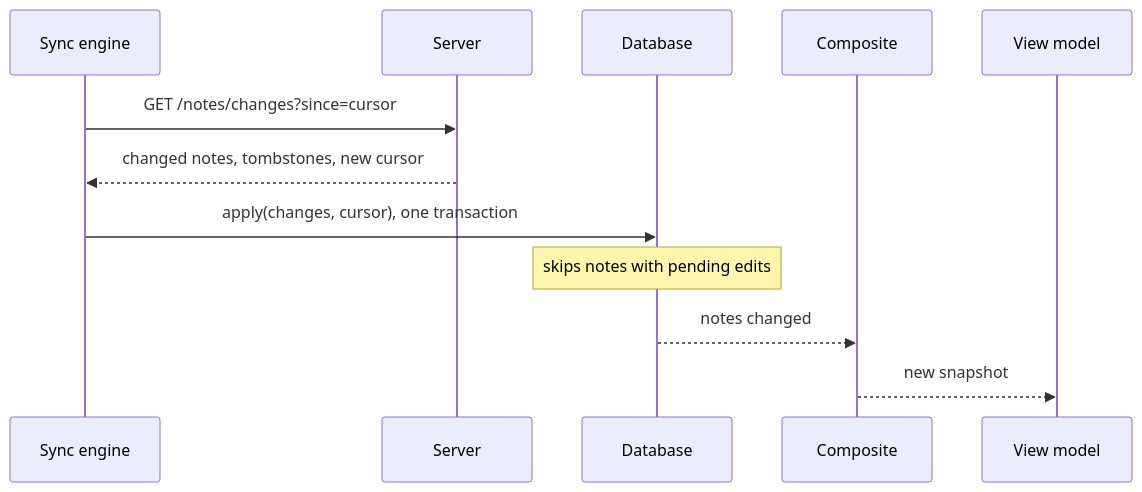
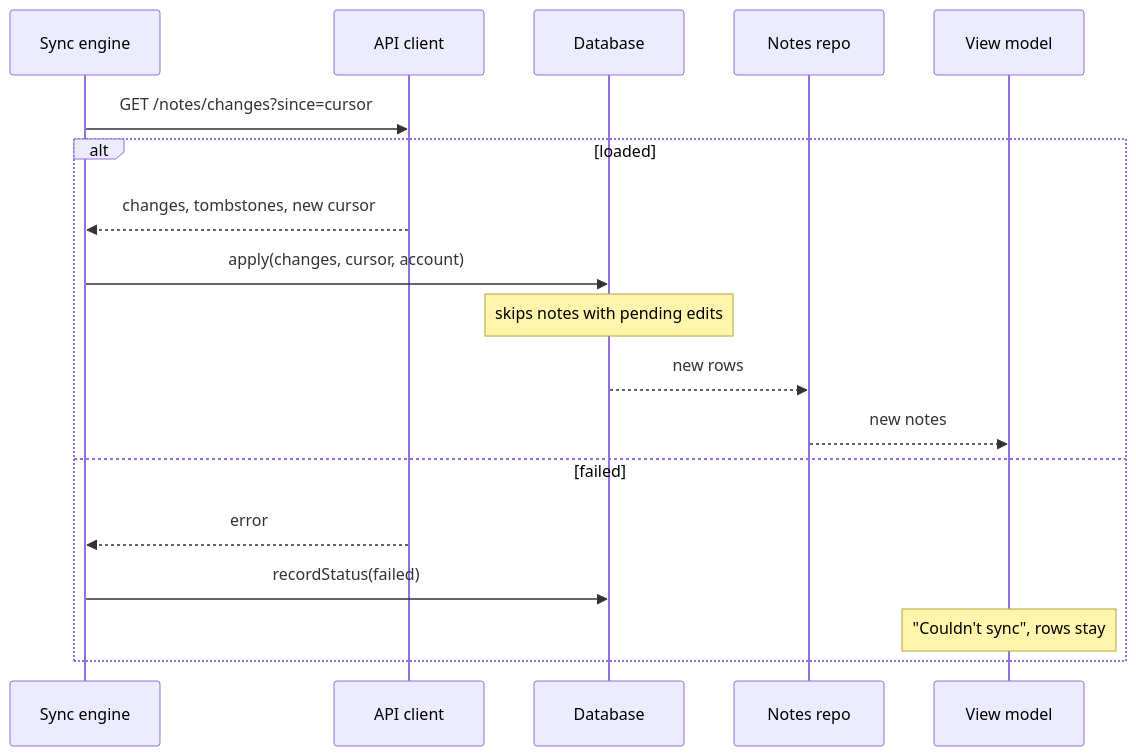
Before and after one commit to rezabina86/reference-desk: the third of 3 diagrams in topics/system-design/04-offline-notes-sync.md, drawn with Mermaid. The commit also changed other lines of this file and 19 other files, not shown here.

````diff
--- a/topics/system-design/04-offline-notes-sync.md
+++ b/topics/system-design/04-offline-notes-sync.md
@@ -410,14 +486,20 @@
 ```mermaid
 sequenceDiagram
   participant S as Sync engine
-  participant R as Server
+  participant A as API client
   participant DB as Database
-  participant C as Composite
+  participant N as Notes repo
   participant VM as View model
-  S->>R: GET /notes/changes?since=cursor
-  R-->>S: changed notes, tombstones, new cursor
-  S->>DB: apply(changes, cursor), one transaction
-  Note over DB: skips notes with pending edits
-  DB-->>C: notes changed
-  C-->>VM: new snapshot
+  S->>A: GET /notes/changes?since=cursor
+  alt loaded
+    A-->>S: changes, tombstones, new cursor
+    S->>DB: apply(changes, cursor, account)
+    Note over DB: skips notes with pending edits
+    DB-->>N: new rows
+    N-->>VM: new notes
+  else failed
+    A-->>S: error
+    S->>DB: recordStatus(failed)
+    Note over VM: "Couldn't sync", rows stay
+  end
 ```
````
